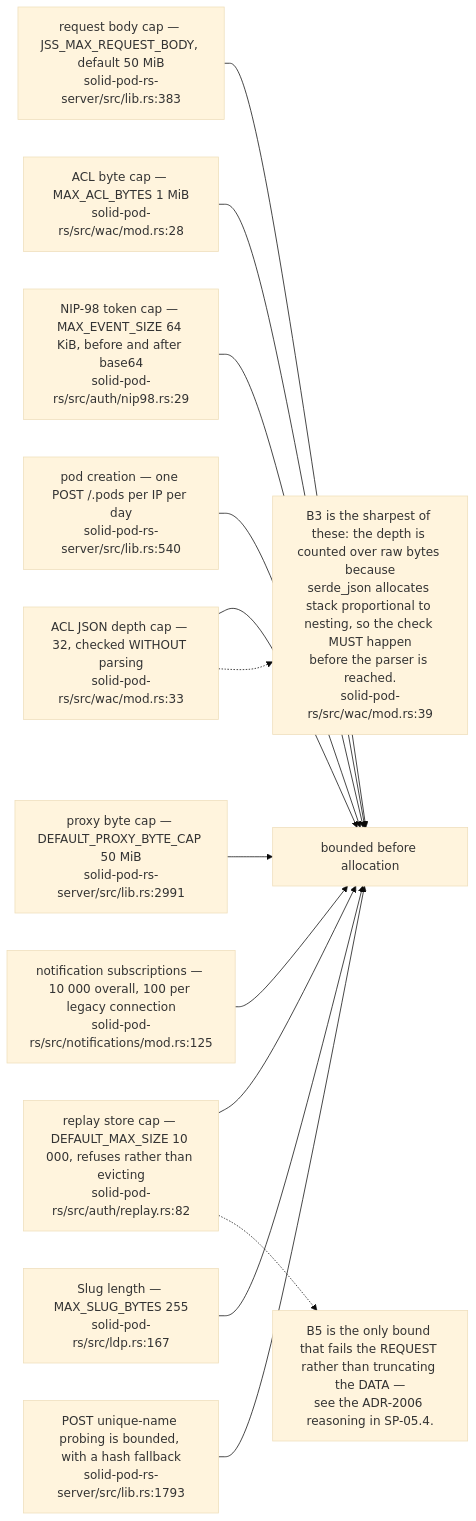
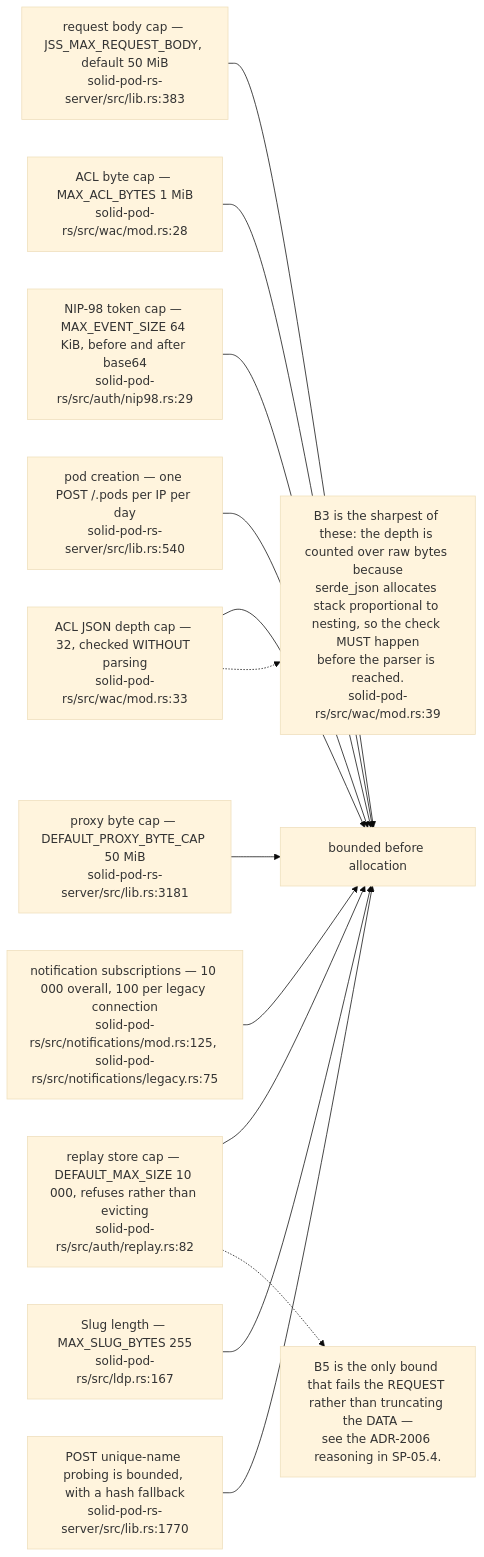
Before and after one commit to DreamLab-AI/VisionFlow: the tenth of 12 diagrams in docs/diagrams/solid-pod-rs/10-failure-modes-and-invariants.md, drawn with Mermaid (base theme). The commit also changed other lines of this file and 47 other files, not shown here.

````diff
--- a/docs/diagrams/solid-pod-rs/10-failure-modes-and-invariants.md
+++ b/docs/diagrams/solid-pod-rs/10-failure-modes-and-invariants.md
@@ -279,29 +302,29 @@
 ```mermaid
 flowchart LR
     B1["request body cap — JSS_MAX_REQUEST_BODY, default 50 MiB<br/>solid-pod-rs-server/src/lib.rs:383"]
     B2["ACL byte cap — MAX_ACL_BYTES 1 MiB<br/>solid-pod-rs/src/wac/mod.rs:28"]
     B3["ACL JSON depth cap — 32, checked WITHOUT parsing<br/>solid-pod-rs/src/wac/mod.rs:33"]
     B4["NIP-98 token cap — MAX_EVENT_SIZE 64 KiB, before and after base64<br/>solid-pod-rs/src/auth/nip98.rs:29"]
     B5["replay store cap — DEFAULT_MAX_SIZE 10 000, refuses rather than evicting<br/>solid-pod-rs/src/auth/replay.rs:82"]
     B6["pod creation — one POST /.pods per IP per day<br/>solid-pod-rs-server/src/lib.rs:540"]
-    B7["proxy byte cap — DEFAULT_PROXY_BYTE_CAP 50 MiB<br/>solid-pod-rs-server/src/lib.rs:2991"]
-    B8["notification subscriptions — 10 000 overall, 100 per legacy connection<br/>solid-pod-rs/src/notifications/mod.rs:125"]
+    B7["proxy byte cap — DEFAULT_PROXY_BYTE_CAP 50 MiB<br/>solid-pod-rs-server/src/lib.rs:3181"]
+    B8["notification subscriptions — 10 000 overall, 100 per legacy connection<br/>solid-pod-rs/src/notifications/mod.rs:125, solid-pod-rs/src/notifications/legacy.rs:75"]
     B9["Slug length — MAX_SLUG_BYTES 255<br/>solid-pod-rs/src/ldp.rs:167"]
-    B10["POST unique-name probing is bounded, with a hash fallback<br/>solid-pod-rs-server/src/lib.rs:1793"]
+    B10["POST unique-name probing is bounded, with a hash fallback<br/>solid-pod-rs-server/src/lib.rs:1770"]
 
     B1 --> D["bounded before allocation"]
     B2 --> D
     B3 --> D
     B4 --> D
     B5 --> D
     B6 --> D
     B7 --> D
     B8 --> D
     B9 --> D
     B10 --> D
 
     N["B3 is the sharpest of these: the depth is counted over raw bytes because<br/>serde_json allocates stack proportional to nesting, so the check MUST happen<br/>before the parser is reached.<br/>solid-pod-rs/src/wac/mod.rs:39"]
     B3 -.-> N
     N2["B5 is the only bound that fails the REQUEST rather than truncating the DATA —<br/>see the ADR-2006 reasoning in SP-05.4."]
     B5 -.-> N2
 ```
````
